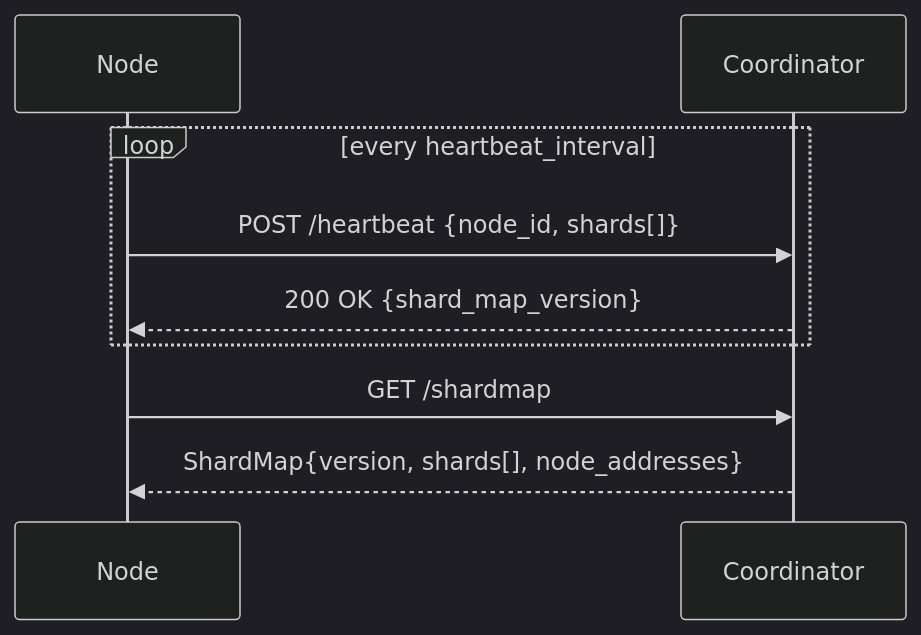
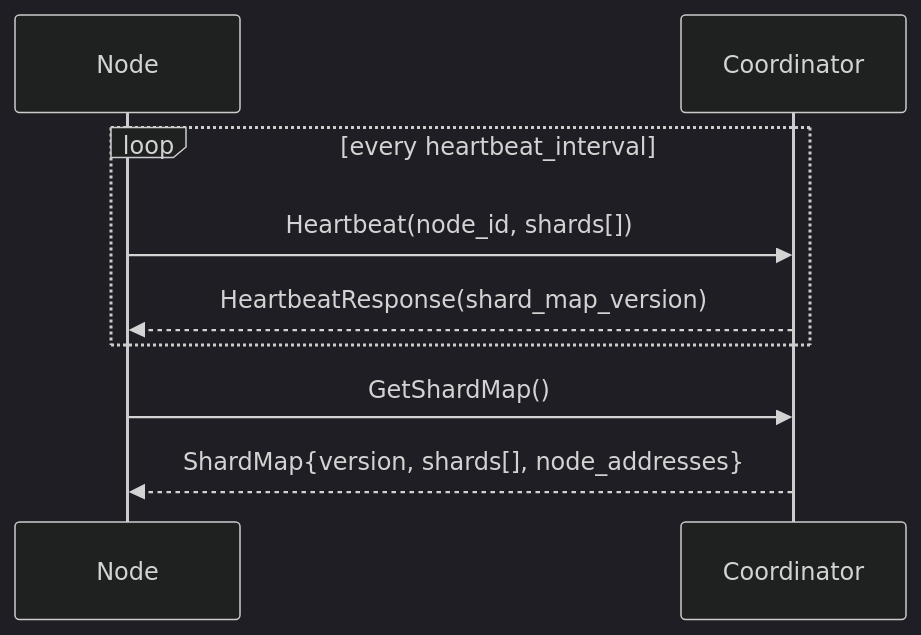
Before and after one commit to davecarr1024/doki: the third of 17 diagrams in docs/architecture.md, drawn with Mermaid (dark theme). The commit also changed other lines of this file and 7 other files, not shown here.

Commit message:
Update docs for gRPC surface and roadmap

````diff
--- a/docs/architecture.md
+++ b/docs/architecture.md
@@ -109,13 +110,13 @@
 ```mermaid
 sequenceDiagram
     participant N as Node
     participant C as Coordinator
 
     loop every heartbeat_interval
-        N->>C: POST /heartbeat {node_id, shards[]}
-        C-->>N: 200 OK {shard_map_version}
+        N->>C: Heartbeat(node_id, shards[])
+        C-->>N: HeartbeatResponse(shard_map_version)
     end
 
-    N->>C: GET /shardmap
+    N->>C: GetShardMap()
     C-->>N: ShardMap{version, shards[], node_addresses}
 ```
````
